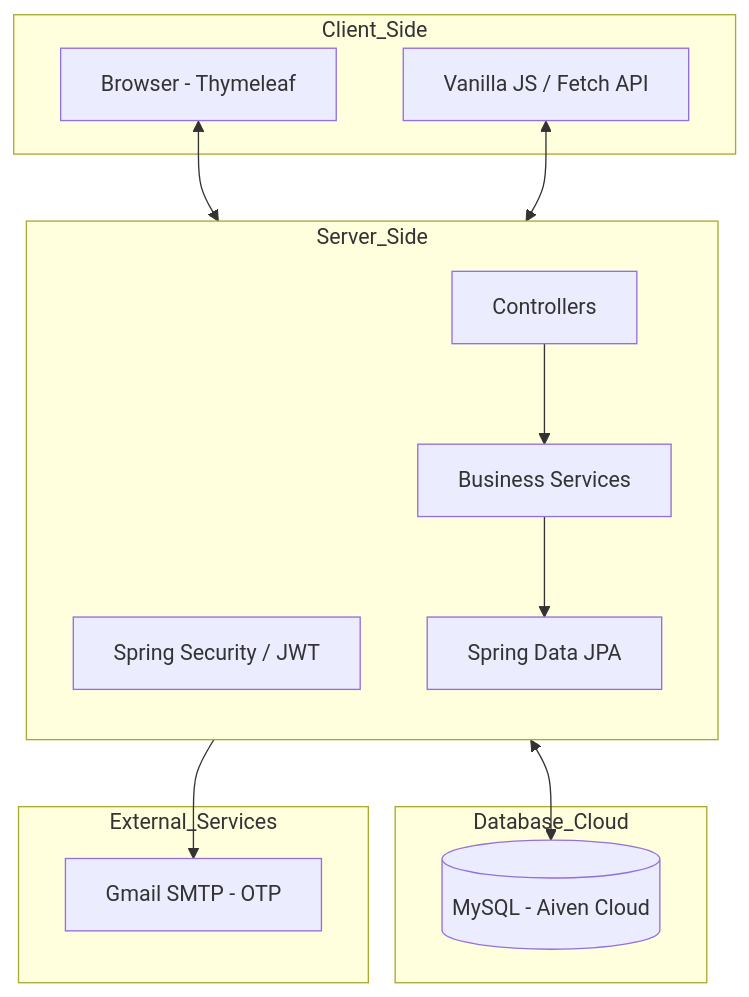
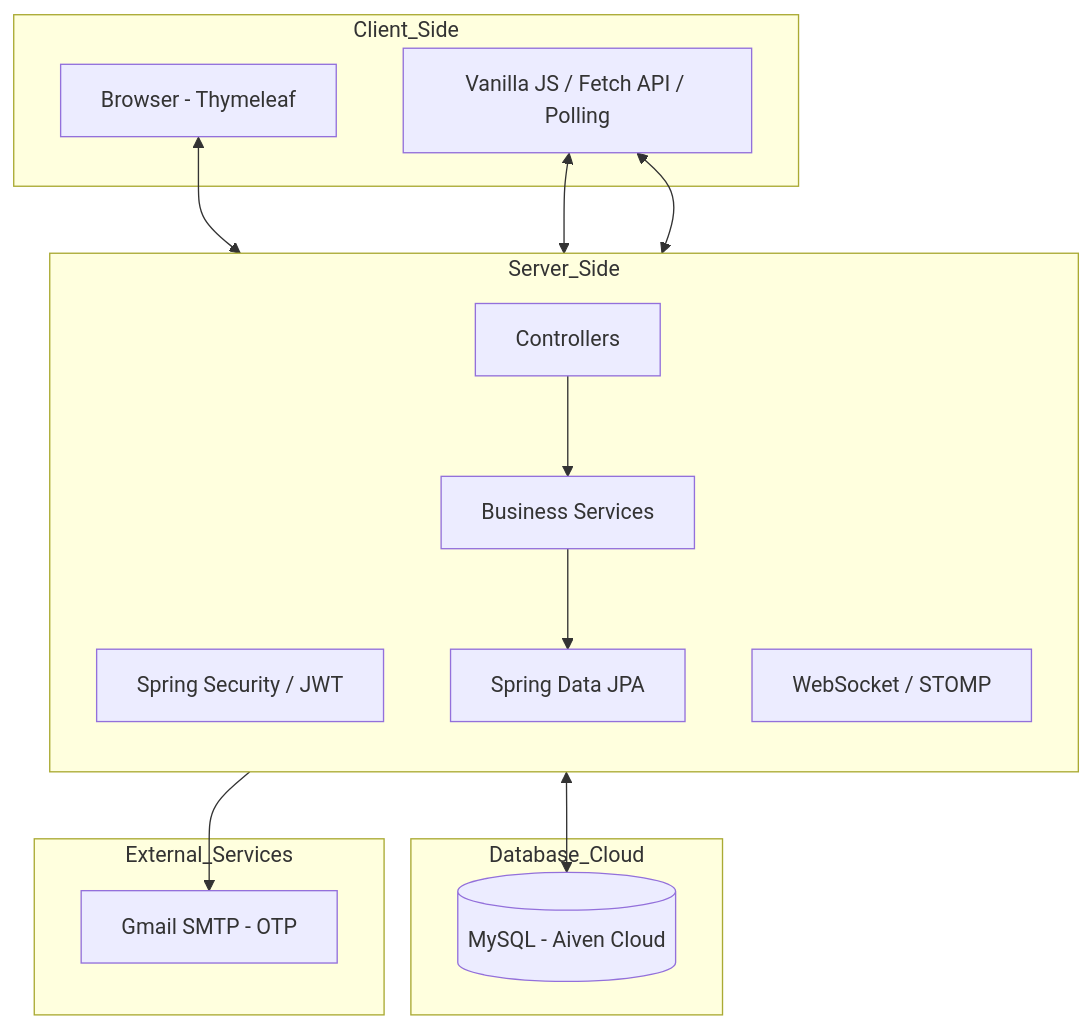
The diagram in README.md (DNTt30/Food_Delivery_System), drawn with Mermaid before and after one commit. The commit also changed other lines of this file and 30 other files, not shown here.

````diff
--- a/README.md
+++ b/README.md
@@ -18,30 +18,32 @@
 ```mermaid
 graph TD
     subgraph Client_Side
         B[Browser - Thymeleaf]
-        JS[Vanilla JS / Fetch API]
+        JS[Vanilla JS / Fetch API / Polling]
     end
 
     subgraph Server_Side
         direction TB
         Auth[Spring Security / JWT]
+        WS[WebSocket / STOMP]
         Controller[Controllers]
         Service[Business Services]
         Repo[Spring Data JPA]
         
         B <--> Auth
         JS <--> Controller
+        JS <--> WS
         Controller --> Service
         Service --> Repo
     end
 
     subgraph Database_Cloud
         DB[(MySQL - Aiven Cloud)]
         Repo <--> DB
     end
     
     subgraph External_Services
         SMTP[Gmail SMTP - OTP]
         Service --> SMTP
     end
 ```
````
